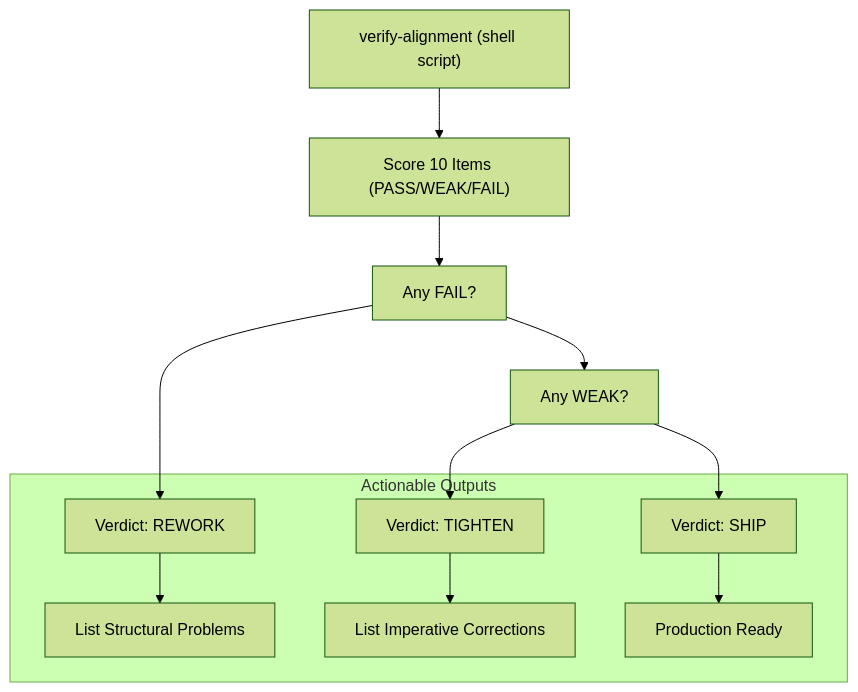
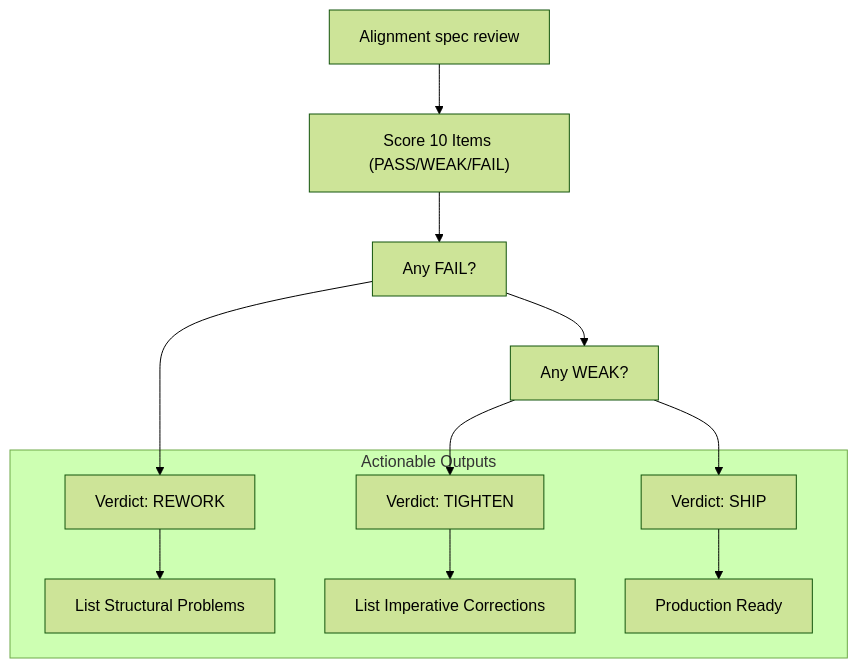
Before and after one commit to Cody-W-Tucker/Cognitive-Assistant: the second of 2 diagrams in docs/Building-the-Alignment-Spec.md, drawn with Mermaid (forest theme). The commit also changed other lines of this file and 51 other files, not shown here.

````diff
--- a/docs/Building-the-Alignment-Spec.md
+++ b/docs/Building-the-Alignment-Spec.md
@@ -119,24 +119,24 @@
 ```mermaid
 flowchart TD
-    START["verify-alignment (shell script)"]
+    START["Alignment spec review"]
     SCORES["Score 10 Items (PASS/WEAK/FAIL)"]
     FAIL_CHECK["Any FAIL?"]
     WEAK_CHECK["Any WEAK?"]
     subgraph subGraph0 ["Actionable Outputs"]
         REWORK["Verdict: REWORK"]
         TIGHTEN["Verdict: TIGHTEN"]
         SHIP["Verdict: SHIP"]
         R_MSG["List Structural Problems"]
         T_MSG["List Imperative Corrections"]
         S_MSG["Production Ready"]
     end
     START --> SCORES
     SCORES --> FAIL_CHECK
     FAIL_CHECK --> REWORK
     FAIL_CHECK --> WEAK_CHECK
     WEAK_CHECK --> TIGHTEN
     WEAK_CHECK --> SHIP
     REWORK --> R_MSG
     TIGHTEN --> T_MSG
     SHIP --> S_MSG
 ```
````
